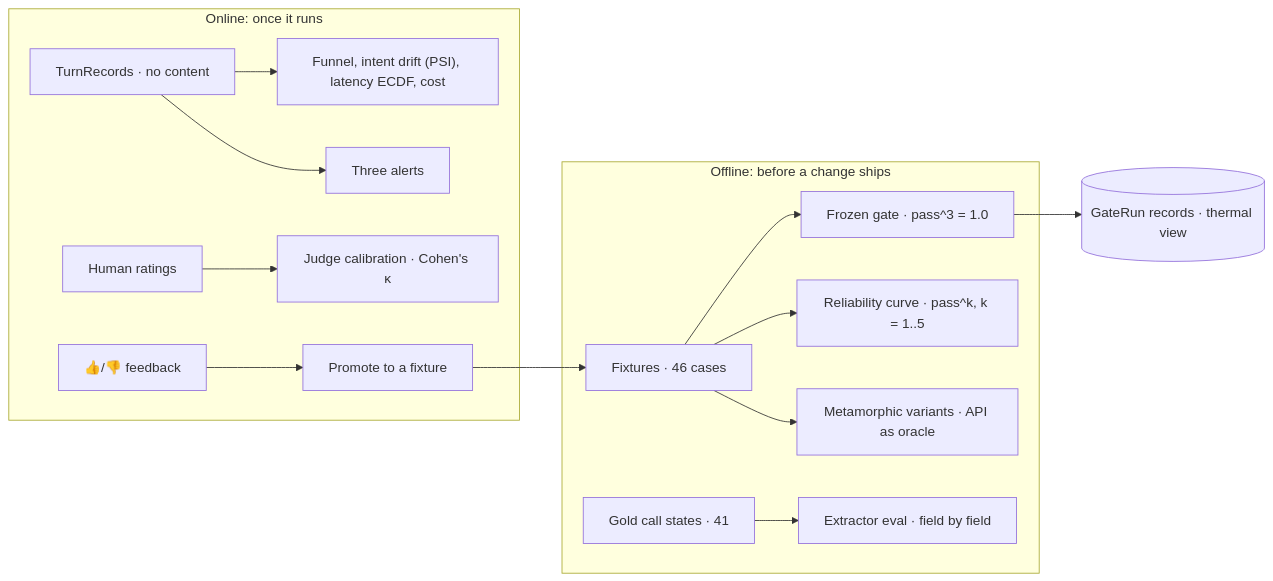
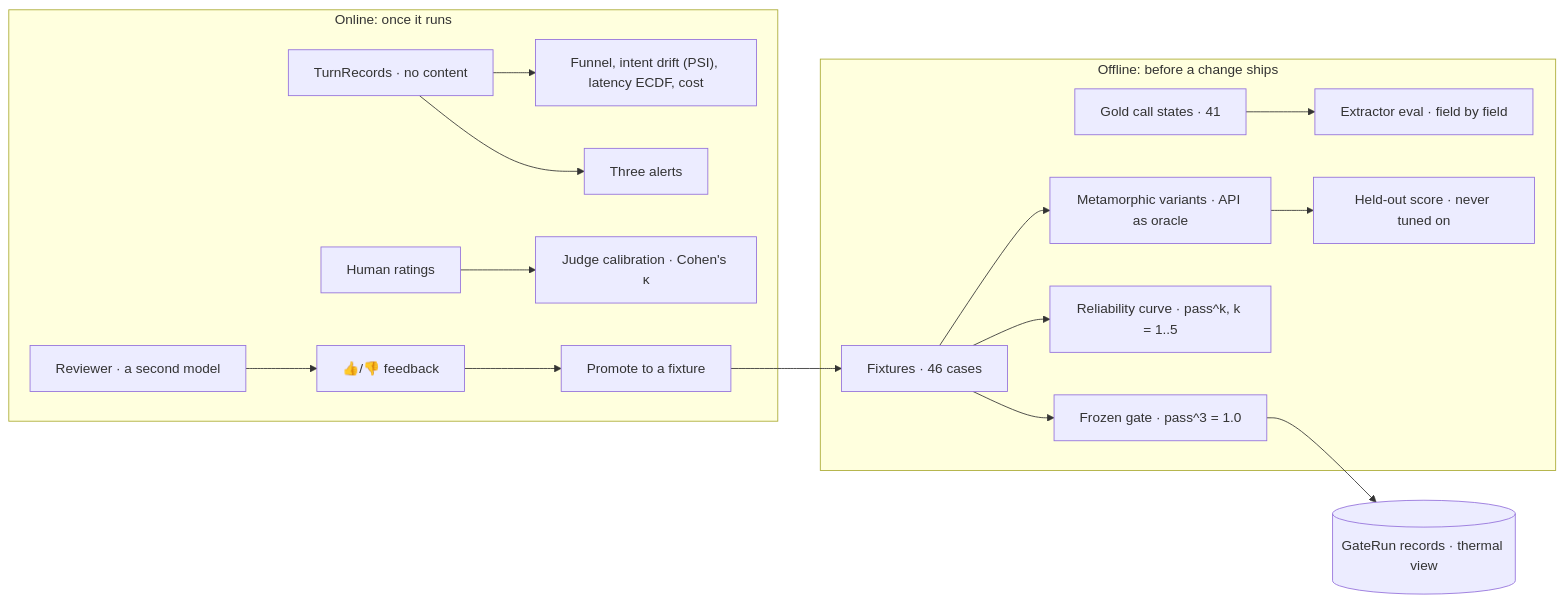
Before and after one commit to GoxMAN8/pirtis-on-wheels: the first of 2 diagrams in docs/data-science.md, drawn with Mermaid. The commit also changed other lines of this file and 23 other files, not shown here.

````diff
--- a/docs/data-science.md
+++ b/docs/data-science.md
@@ -14,17 +14,19 @@
 ```mermaid
 flowchart LR
   subgraph offline["Offline: before a change ships"]
     fx["Fixtures · 46 cases"] --> gate["Frozen gate · pass^3 = 1.0"]
     gold["Gold call states · 41"] --> ext["Extractor eval · field by field"]
     fx --> rel["Reliability curve · pass^k, k = 1..5"]
     fx --> var["Metamorphic variants · API as oracle"]
+    var --> ho["Held-out score · never tuned on"]
   end
   subgraph online["Online: once it runs"]
     tr["TurnRecords · no content"] --> mon["Funnel, intent drift (PSI), latency ECDF, cost"]
     tr --> alerts["Three alerts"]
     rate["Human ratings"] --> cal["Judge calibration · Cohen's κ"]
     fb["👍/👎 feedback"] --> promote["Promote to a fixture"]
+    rev2["Reviewer · a second model"] --> fb
   end
   promote --> fx
   gate --> runs[("GateRun records · thermal view")]
 ```
````
